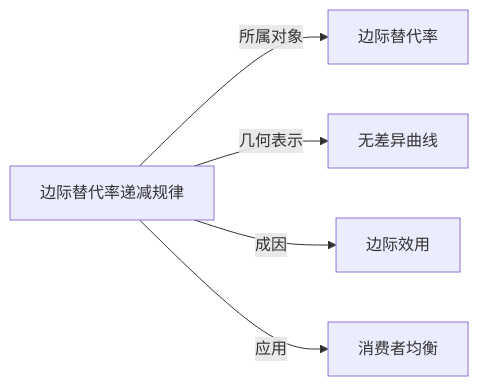
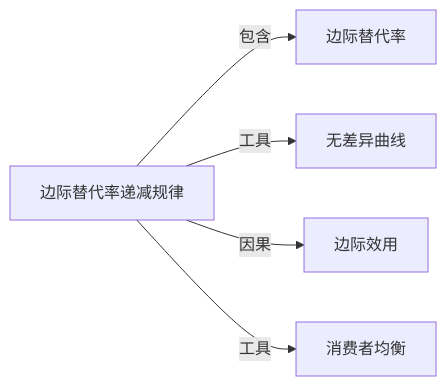
One commit to KIMMCHOW/MyKnowledge changed the diagram in Knowledge/Concepts/经济/边际替代率递减规律.md. Above: the diagram before and after it, drawn with Mermaid. The commit also changed 95 other files, not shown here.

Commit message:
reorganize: 统一关系图边标签为11类

````diff
--- a/Knowledge/Concepts/经济/边际替代率递减规律.md
+++ b/Knowledge/Concepts/经济/边际替代率递减规律.md
@@ -42,7 +42,7 @@
 ```mermaid
 graph LR
-    边际替代率递减规律 -->|所属对象| 边际替代率
-    边际替代率递减规律 -->|几何表示| 无差异曲线
-    边际替代率递减规律 -->|成因| 边际效用
-    边际替代率递减规律 -->|应用| 消费者均衡
+    边际替代率递减规律 -->|包含| 边际替代率
+    边际替代率递减规律 -->|工具| 无差异曲线
+    边际替代率递减规律 -->|因果| 边际效用
+    边际替代率递减规律 -->|工具| 消费者均衡
 ```
````
